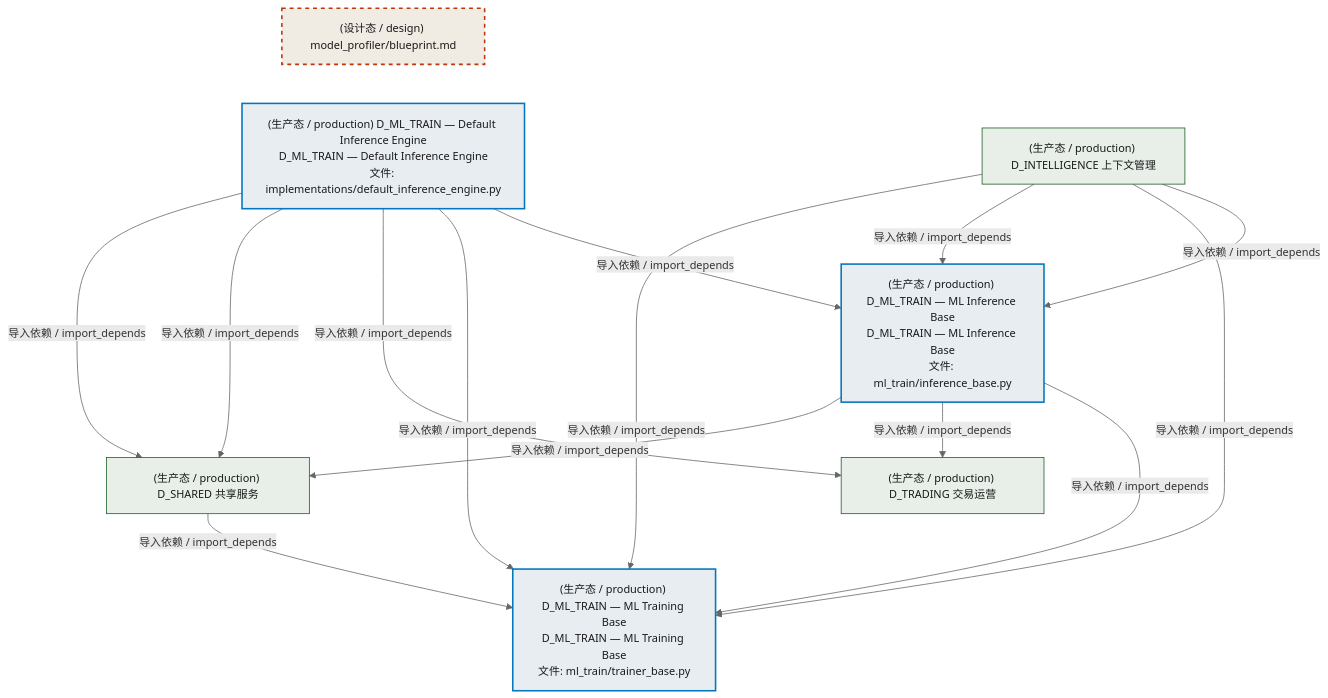
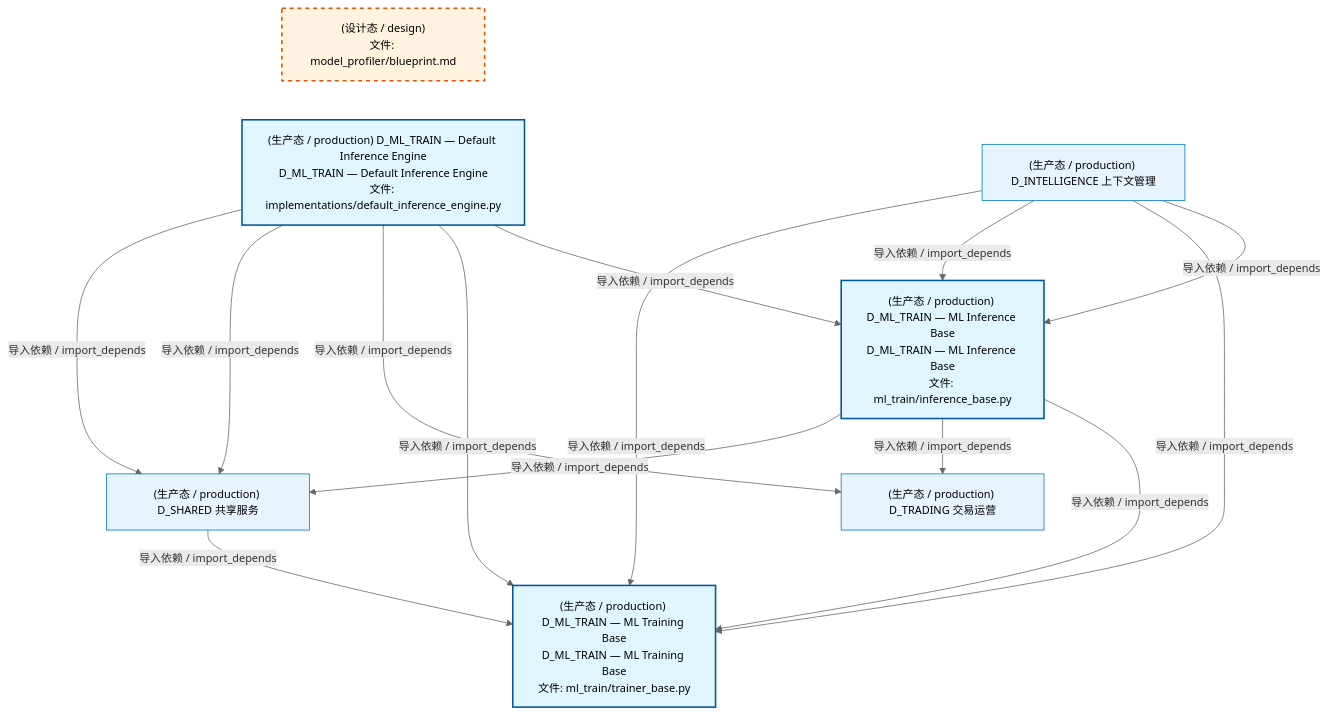
Before and after one commit to xuanFelixVan/ZephyrAlpha: the first of 4 diagrams in docs/02_enterprise_architecture/02_domain_architecture_docs/61_d_ml_train.md, drawn with Mermaid. The commit also changed other lines of this file and 75 other files, not shown here.

````diff
--- a/docs/02_enterprise_architecture/02_domain_architecture_docs/61_d_ml_train.md
+++ b/docs/02_enterprise_architecture/02_domain_architecture_docs/61_d_ml_train.md
@@ -66,32 +66,32 @@
 ```mermaid
 %%{init: {'theme': 'base', 'themeVariables': {'primaryColor': '#eaeaea', 'primaryTextColor': '#333333', 'primaryBorderColor': '#666666', 'lineColor': '#666666', 'secondaryColor': '#eaeaea', 'tertiaryColor': '#eaeaea', 'fontSize': '14px'}}}%%
 flowchart TD
-    docs_03_modules_cross_layer_model_profiler_blueprint_md["(设计态 / design) model_profiler/blueprint.md"]
+    docs_03_modules_cross_layer_model_profiler_blueprint_md["(设计态 / design)<br/>文件: model_profiler/blueprint.md"]
     src_zephyr_ml_train_implementations_default_inference_engine_py["(生产态 / production) D_ML_TRAIN — Default Inference Engine<br/>D_ML_TRAIN — Default Inference Engine<br/>文件: implementations/default_inference_engine.py"]
     docs_03_modules_cross_layer_model_profiler_blueprint_md ~~~ src_zephyr_ml_train_implementations_default_inference_engine_py
     src_zephyr_ml_train_inference_base_py["(生产态 / production) D_ML_TRAIN — ML Inference Base<br/>D_ML_TRAIN — ML Inference Base<br/>文件: ml_train/inference_base.py"]
     src_zephyr_ml_train_trainer_base_py["(生产态 / production) D_ML_TRAIN — ML Training Base<br/>D_ML_TRAIN — ML Training Base<br/>文件: ml_train/trainer_base.py"]
     src_zephyr_ml_train_inference_base_py -->|导入依赖 / import_depends| src_zephyr_ml_train_trainer_base_py
     src_zephyr_ml_train_implementations_default_inference_engine_py -->|导入依赖 / import_depends| src_zephyr_ml_train_inference_base_py
     src_zephyr_ml_train_implementations_default_inference_engine_py -->|导入依赖 / import_depends| src_zephyr_ml_train_trainer_base_py
     D_TRADING["(生产态 / production) D_TRADING 交易运营"]
     src_zephyr_ml_train_inference_base_py -->|导入依赖 / import_depends| D_TRADING
     src_zephyr_ml_train_implementations_default_inference_engine_py -->|导入依赖 / import_depends| D_TRADING
     D_SHARED["(生产态 / production) D_SHARED 共享服务"]
     src_zephyr_ml_train_inference_base_py -->|导入依赖 / import_depends| D_SHARED
     src_zephyr_ml_train_implementations_default_inference_engine_py -->|导入依赖 / import_depends| D_SHARED
     src_zephyr_ml_train_implementations_default_inference_engine_py -->|导入依赖 / import_depends| D_SHARED
     D_INTELLIGENCE["(生产态 / production) D_INTELLIGENCE 上下文管理"]
     D_INTELLIGENCE -->|导入依赖 / import_depends| src_zephyr_ml_train_inference_base_py
     D_INTELLIGENCE -->|导入依赖 / import_depends| src_zephyr_ml_train_trainer_base_py
     D_SHARED -->|导入依赖 / import_depends| src_zephyr_ml_train_trainer_base_py
     D_INTELLIGENCE -->|导入依赖 / import_depends| src_zephyr_ml_train_inference_base_py
     D_INTELLIGENCE -->|导入依赖 / import_depends| src_zephyr_ml_train_trainer_base_py
-    classDef production fill:#e8edf2,stroke:#0277bd,stroke-width:2px,color:#1a1a1a
-    classDef design fill:#f0ebe3,stroke:#bf360c,stroke-width:2px,color:#1a1a1a,stroke-dasharray: 5 5
-    classDef external_prod fill:#e8efe9,stroke:#1b5e20,stroke-width:1px,color:#1a1a1a
-    classDef external_design fill:#efe5ea,stroke:#880e4f,stroke-width:1px,color:#1a1a1a,stroke-dasharray: 5 5
+    classDef production fill:#e1f5fe,stroke:#01579b,stroke-width:2px,color:#000
+    classDef design fill:#fff3e0,stroke:#e65100,stroke-width:2px,color:#000,stroke-dasharray: 5 5
+    classDef external_prod fill:#e8f4fd,stroke:#0277bd,stroke-width:1px,color:#000
+    classDef external_design fill:#fff8e7,stroke:#ef6c00,stroke-width:1px,color:#000,stroke-dasharray: 5 5
     class src_zephyr_ml_train_implementations_default_inference_engine_py,src_zephyr_ml_train_inference_base_py,src_zephyr_ml_train_trainer_base_py production
     class docs_03_modules_cross_layer_model_profiler_blueprint_md design
     class D_TRADING,D_SHARED,D_INTELLIGENCE external_prod
 ```
````
